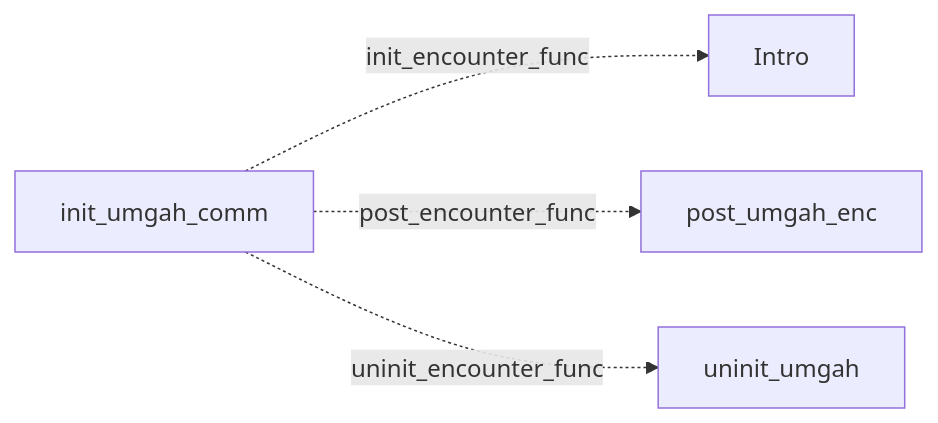
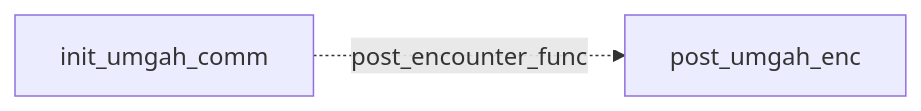
One commit to yost-jacob/uqm-cpp17 changed the diagram in docs/design/conversation/catalog/umgah.md. Above: the diagram before and after it, drawn with Mermaid. The commit also changed other lines of this file and 77 other files, not shown here.

Commit message:
Migrate nine more stories and replace native turn stubs with graph lifecycle

````diff
--- a/docs/design/conversation/catalog/umgah.md
+++ b/docs/design/conversation/catalog/umgah.md
@@ -23,10 +21,6 @@
 ```mermaid
 flowchart LR
-    n0["Intro"]
-    n1["uninit_umgah"]
-    n2["post_umgah_enc"]
-    n3["init_umgah_comm"]
-    n3 -. "init_encounter_func" .-> n0
-    n3 -. "post_encounter_func" .-> n2
-    n3 -. "uninit_encounter_func" .-> n1
+    n0["post_umgah_enc"]
+    n1["init_umgah_comm"]
+    n1 -. "post_encounter_func" .-> n0
 ```
````
